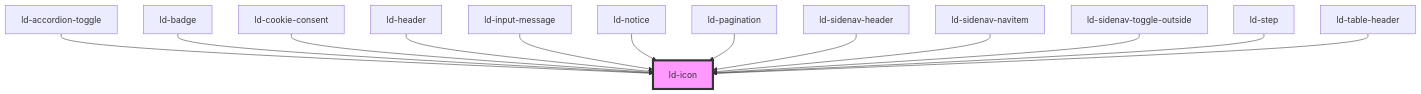
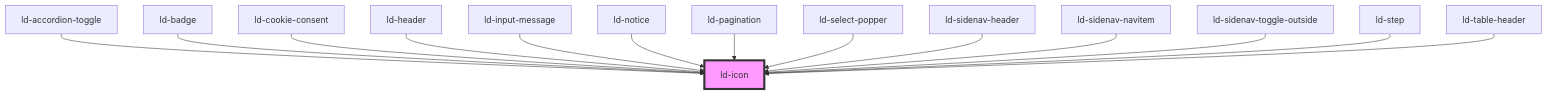
One commit to emdgroup-liquid/liquid changed the diagram in src/liquid/components/ld-icon/readme.md. Above: the diagram before and after it, drawn with Mermaid. The commit also changed other lines of this file and 14 other files, not shown here.

````diff
--- a/src/liquid/components/ld-icon/readme.md
+++ b/src/liquid/components/ld-icon/readme.md
@@ -351,16 +352,17 @@
 ```mermaid
 graph TD;
   ld-accordion-toggle --> ld-icon
   ld-badge --> ld-icon
   ld-cookie-consent --> ld-icon
   ld-header --> ld-icon
   ld-input-message --> ld-icon
   ld-notice --> ld-icon
   ld-pagination --> ld-icon
+  ld-select-popper --> ld-icon
   ld-sidenav-header --> ld-icon
   ld-sidenav-navitem --> ld-icon
   ld-sidenav-toggle-outside --> ld-icon
   ld-step --> ld-icon
   ld-table-header --> ld-icon
   style ld-icon fill:#f9f,stroke:#333,stroke-width:4px
 ```
````
